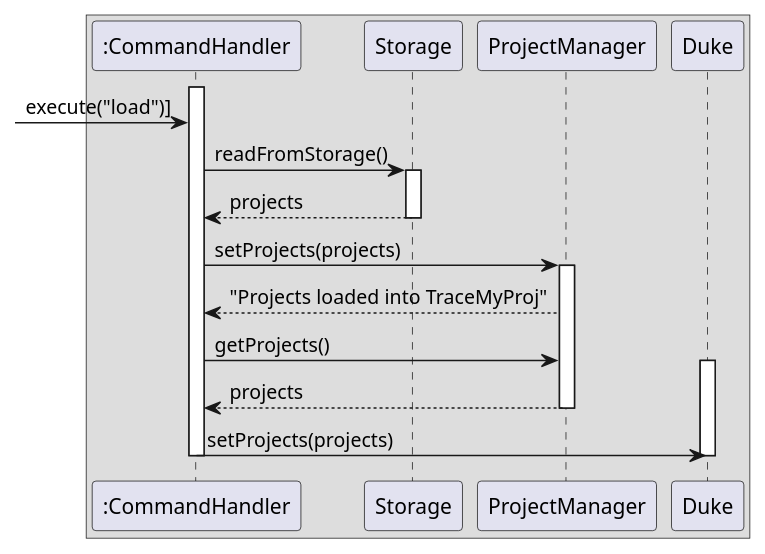
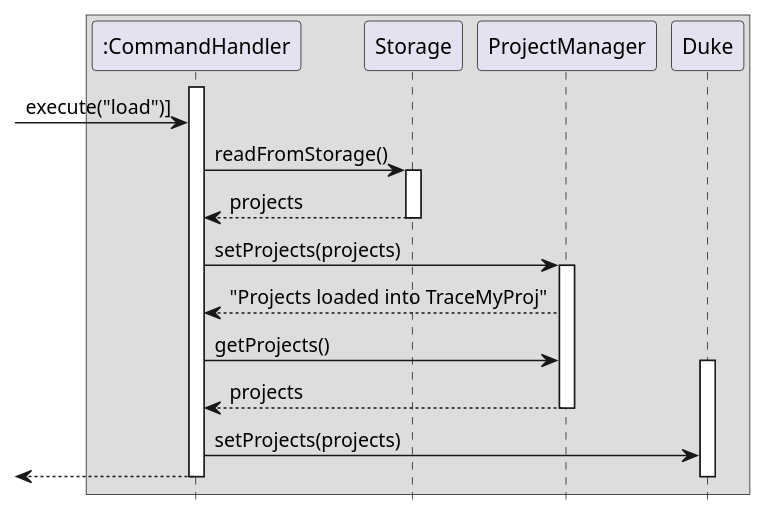
Before and after one commit to s-t-e-f/tp: the diagram in puml_files/Load.puml, drawn with PlantUML. The commit also changed 13 other files, not shown here.

Commit message:
Standardise sequence diagrams

```diff
--- a/puml_files/Load.puml
+++ b/puml_files/Load.puml
@@ -1,36 +1,40 @@
 @startuml
+hide footbox
 
 box
 participant ":CommandHandler" as CommandHandler
 participant "Storage" as Storage
 participant "ProjectManager" as ProjectManager
 participant "Duke" as Duke
 end box
 
 activate CommandHandler
 [-> CommandHandler : execute("load")]
 
 CommandHandler -> Storage :  readFromStorage()
 activate Storage
 
 Storage --> CommandHandler : projects
 deactivate Storage
 
 CommandHandler -> ProjectManager : setProjects(projects)
 activate ProjectManager
 
 ProjectManager --> CommandHandler : "Projects loaded into TraceMyProj"
 
 
 CommandHandler -> ProjectManager : getProjects()
 activate Duke
 
 ProjectManager --> CommandHandler : projects
 deactivate ProjectManager
 
 CommandHandler -> Duke : setProjects(projects)
+[<-- CommandHandler :
 
 deactivate CommandHandler
 deactivate Duke
 
+
+
 @enduml
```
